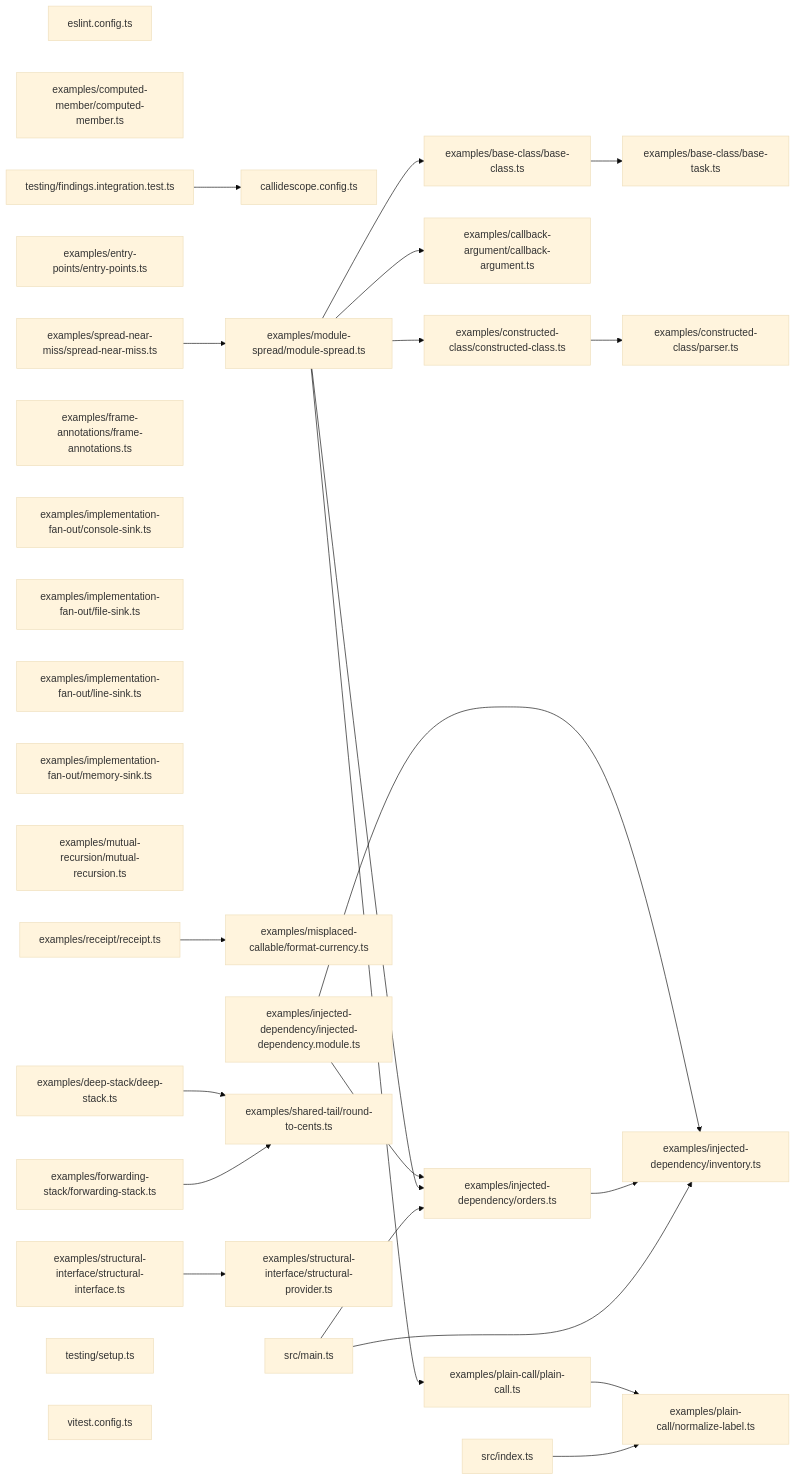
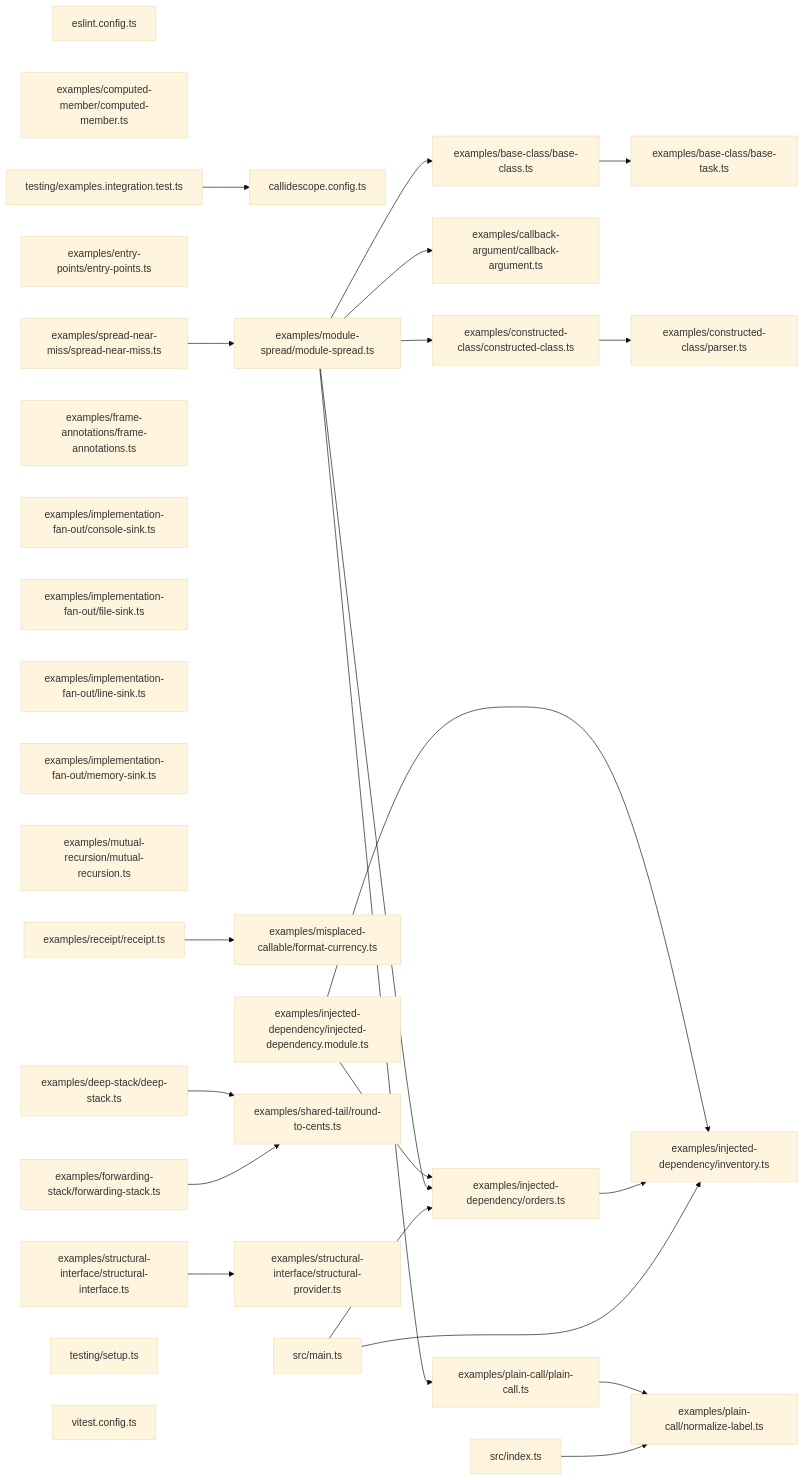
One commit to JimmyPaolini/codebase changed the second of 2 diagrams in packages/callidescope-examples/README.md. Above: the diagram before and after it, drawn with Mermaid (base theme). The commit also changed other lines of this file and 22 other files, not shown here.

````diff
--- a/packages/callidescope-examples/README.md
+++ b/packages/callidescope-examples/README.md
@@ -660,57 +713,57 @@
 ```mermaid
 graph LR
   file_callidescope_config_ts["callidescope.config.ts"]
   file_eslint_config_ts["eslint.config.ts"]
   file_examples_base_class_base_class_ts["examples/base-class/base-class.ts"]
   file_examples_base_class_base_task_ts["examples/base-class/base-task.ts"]
   file_examples_callback_argument_callback_argument_ts["examples/callback-argument/callback-argument.ts"]
   file_examples_computed_member_computed_member_ts["examples/computed-member/computed-member.ts"]
   file_examples_constructed_class_constructed_class_ts["examples/constructed-class/constructed-class.ts"]
   file_examples_constructed_class_parser_ts["examples/constructed-class/parser.ts"]
   file_examples_deep_stack_deep_stack_ts["examples/deep-stack/deep-stack.ts"]
   file_examples_entry_points_entry_points_ts["examples/entry-points/entry-points.ts"]
   file_examples_forwarding_stack_forwarding_stack_ts["examples/forwarding-stack/forwarding-stack.ts"]
   file_examples_frame_annotations_frame_annotations_ts["examples/frame-annotations/frame-annotations.ts"]
   file_examples_implementation_fan_out_console_sink_ts["examples/implementation-fan-out/console-sink.ts"]
   file_examples_implementation_fan_out_file_sink_ts["examples/implementation-fan-out/file-sink.ts"]
   file_examples_implementation_fan_out_line_sink_ts["examples/implementation-fan-out/line-sink.ts"]
   file_examples_implementation_fan_out_memory_sink_ts["examples/implementation-fan-out/memory-sink.ts"]
   file_examples_injected_dependency_injected_dependency_module_ts["examples/injected-dependency/injected-dependency.module.ts"]
   file_examples_injected_dependency_inventory_ts["examples/injected-dependency/inventory.ts"]
   file_examples_injected_dependency_orders_ts["examples/injected-dependency/orders.ts"]
   file_examples_misplaced_callable_format_currency_ts["examples/misplaced-callable/format-currency.ts"]
   file_examples_module_spread_module_spread_ts["examples/module-spread/module-spread.ts"]
   file_examples_mutual_recursion_mutual_recursion_ts["examples/mutual-recursion/mutual-recursion.ts"]
   file_examples_plain_call_normalize_label_ts["examples/plain-call/normalize-label.ts"]
   file_examples_plain_call_plain_call_ts["examples/plain-call/plain-call.ts"]
   file_examples_receipt_receipt_ts["examples/receipt/receipt.ts"]
   file_examples_shared_tail_round_to_cents_ts["examples/shared-tail/round-to-cents.ts"]
   file_examples_spread_near_miss_spread_near_miss_ts["examples/spread-near-miss/spread-near-miss.ts"]
   file_examples_structural_interface_structural_interface_ts["examples/structural-interface/structural-interface.ts"]
   file_examples_structural_interface_structural_provider_ts["examples/structural-interface/structural-provider.ts"]
   file_src_index_ts["src/index.ts"]
   file_src_main_ts["src/main.ts"]
-  file_testing_findings_integration_test_ts["testing/findings.integration.test.ts"]
+  file_testing_findings_integration_test_ts["testing/examples.integration.test.ts"]
   file_testing_setup_ts["testing/setup.ts"]
   file_vitest_config_ts["vitest.config.ts"]
   file_examples_base_class_base_class_ts --> file_examples_base_class_base_task_ts
   file_examples_constructed_class_constructed_class_ts --> file_examples_constructed_class_parser_ts
   file_examples_deep_stack_deep_stack_ts --> file_examples_shared_tail_round_to_cents_ts
   file_examples_forwarding_stack_forwarding_stack_ts --> file_examples_shared_tail_round_to_cents_ts
   file_examples_injected_dependency_injected_dependency_module_ts --> file_examples_injected_dependency_inventory_ts
   file_examples_injected_dependency_injected_dependency_module_ts --> file_examples_injected_dependency_orders_ts
   file_examples_injected_dependency_orders_ts --> file_examples_injected_dependency_inventory_ts
   file_examples_module_spread_module_spread_ts --> file_examples_base_class_base_class_ts
   file_examples_module_spread_module_spread_ts --> file_examples_callback_argument_callback_argument_ts
   file_examples_module_spread_module_spread_ts --> file_examples_constructed_class_constructed_class_ts
   file_examples_module_spread_module_spread_ts --> file_examples_injected_dependency_orders_ts
   file_examples_module_spread_module_spread_ts --> file_examples_plain_call_plain_call_ts
   file_examples_plain_call_plain_call_ts --> file_examples_plain_call_normalize_label_ts
   file_examples_receipt_receipt_ts --> file_examples_misplaced_callable_format_currency_ts
   file_examples_spread_near_miss_spread_near_miss_ts --> file_examples_module_spread_module_spread_ts
   file_examples_structural_interface_structural_interface_ts --> file_examples_structural_interface_structural_provider_ts
   file_src_index_ts --> file_examples_plain_call_normalize_label_ts
   file_src_main_ts --> file_examples_injected_dependency_inventory_ts
   file_src_main_ts --> file_examples_injected_dependency_orders_ts
   file_testing_findings_integration_test_ts --> file_callidescope_config_ts
 ```
````
